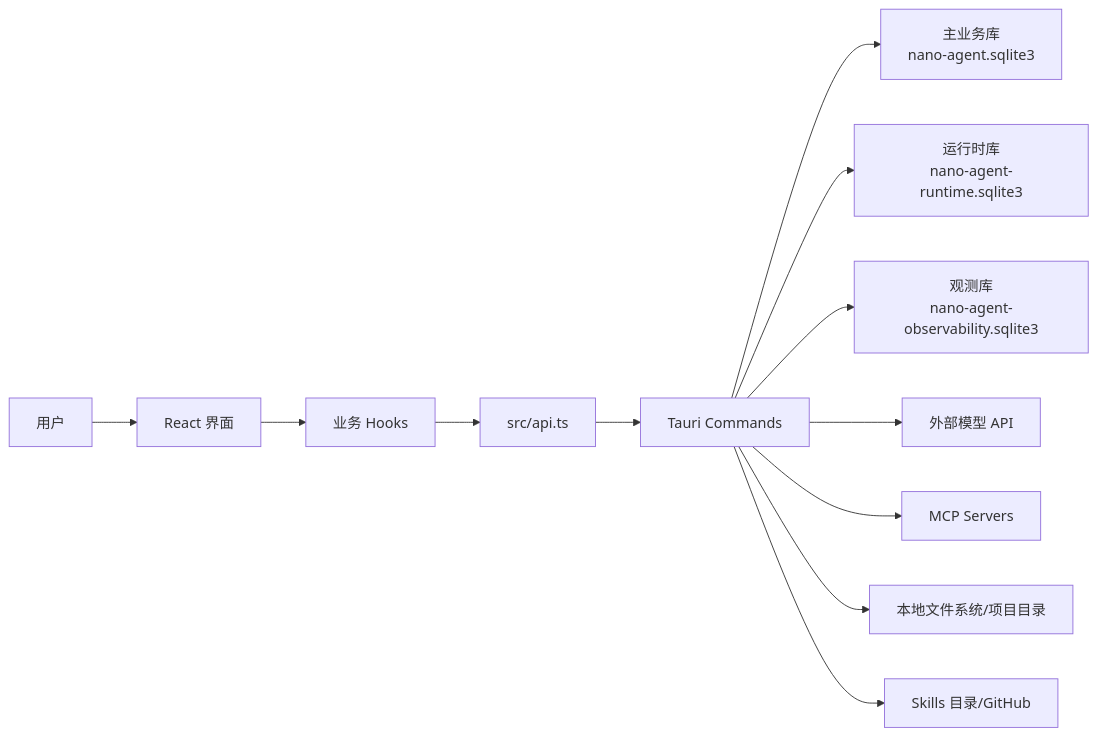
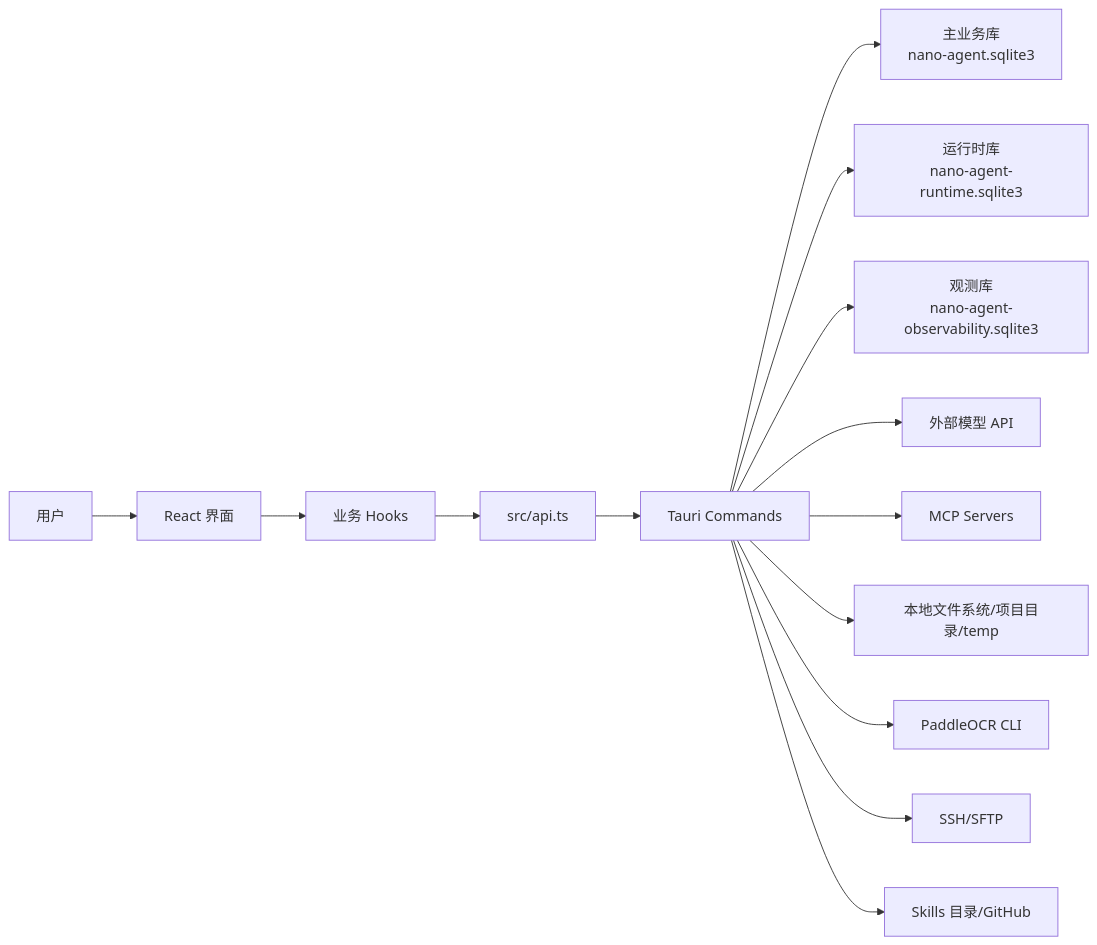
One commit to NanoAgentCode/NanoAgent changed the diagram in docs/系统设计文档.md. Above: the diagram before and after it, drawn with Mermaid. The commit also changed other lines of this file and 8 other files, not shown here.

Commit message:
Update project documentation and learning roadmap

````diff
--- a/docs/系统设计文档.md
+++ b/docs/系统设计文档.md
@@ -29,14 +32,16 @@
 ```mermaid
 flowchart LR
-  用户["用户"] --> 界面["React 界面"]
-  界面 --> 状态["业务 Hooks"]
-  状态 --> 接口["src/api.ts"]
-  接口 --> 命令["Tauri Commands"]
-  命令 --> DB["主业务库\nnano-agent.sqlite3"]
-  命令 --> Runtime["运行时库\nnano-agent-runtime.sqlite3"]
-  命令 --> Obs["观测库\nnano-agent-observability.sqlite3"]
-  命令 --> LLM["外部模型 API"]
-  命令 --> MCP["MCP Servers"]
-  命令 --> FS["本地文件系统/项目目录"]
-  命令 --> Skills["Skills 目录/GitHub"]
+  User["用户"] --> UI["React 界面"]
+  UI --> Hooks["业务 Hooks"]
+  Hooks --> API["src/api.ts"]
+  API --> Commands["Tauri Commands"]
+  Commands --> DB["主业务库\nnano-agent.sqlite3"]
+  Commands --> Runtime["运行时库\nnano-agent-runtime.sqlite3"]
+  Commands --> Obs["观测库\nnano-agent-observability.sqlite3"]
+  Commands --> LLM["外部模型 API"]
+  Commands --> MCP["MCP Servers"]
+  Commands --> FS["本地文件系统/项目目录/temp"]
+  Commands --> OCR["PaddleOCR CLI"]
+  Commands --> Ops["SSH/SFTP"]
+  Commands --> Skills["Skills 目录/GitHub"]
 ```
````
